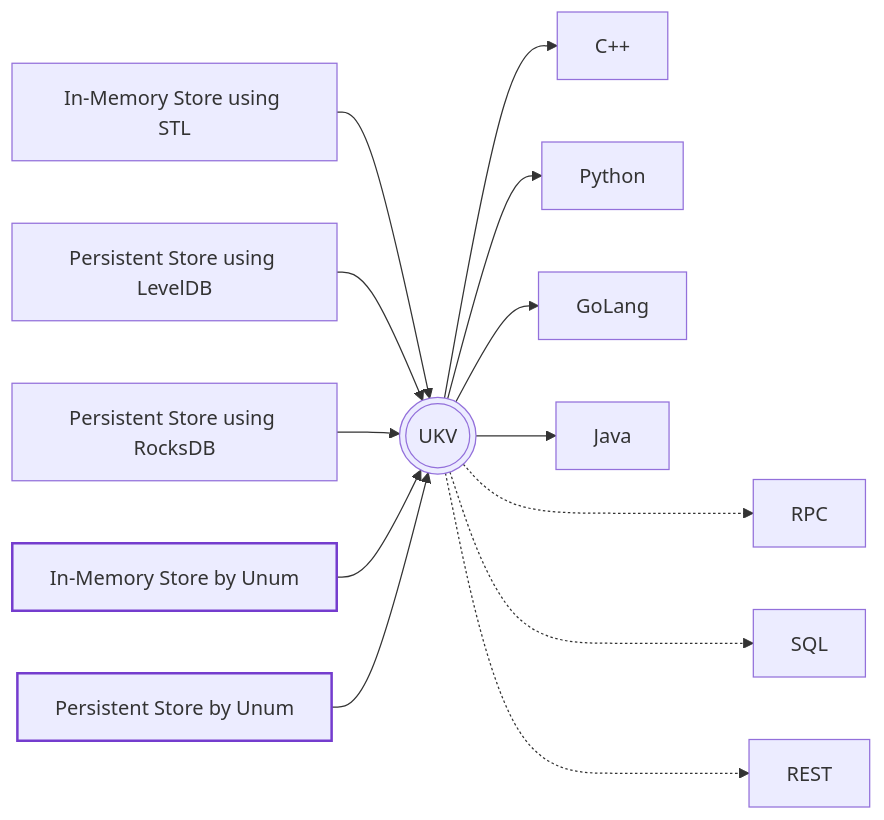
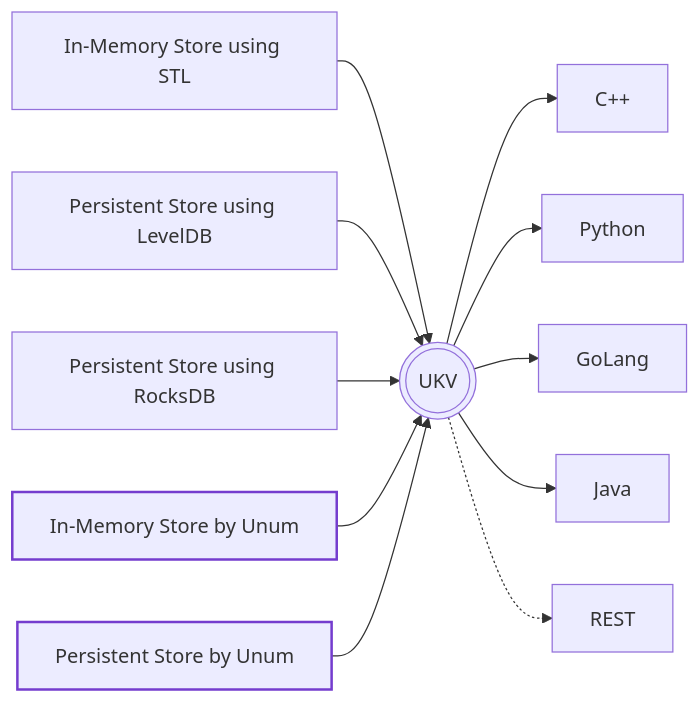
One commit to unum-cloud/ustore changed the diagram in README.md. Above: the diagram before and after it, drawn with Mermaid. The commit also changed other lines of this file, not shown here.

````diff
--- a/README.md
+++ b/README.md
@@ -19,32 +20,30 @@
 ```mermaid
 flowchart LR
   
   ukv(((UKV)))
 
   id1[In-Memory Store using STL] --> ukv;
   id7[Persistent Store using LevelDB] --> ukv;
   id3[Persistent Store using RocksDB] --> ukv;
   id2[In-Memory Store by Unum] --> ukv;
   id4[Persistent Store by Unum] --> ukv;
   %% id5[In-Memory Distributed Store by Unum] --> ukv;
   %% id6[Persistent Distributed Store by Unum] --> ukv;
   
   %% id2 -.-> id5 
   %% id4 -.-> id6 
   
   ukv --> C++;
   ukv --> Python;
-  ukv -..-> RPC;
   ukv --> GoLang;
-  ukv -..-> SQL;
   ukv --> Java;
-  ukv -..-> REST;
+  ukv -.-> REST;
   
   %% ukv --> SQL;
   %% ukv ---> Redis;
   %% ukv ---> Lucene;
   %% ukv ---> MongoDB;
   
   style id2 stroke:#743cce,stroke-width:2px;
   style id4 stroke:#743cce,stroke-width:2px;
 ```
````
